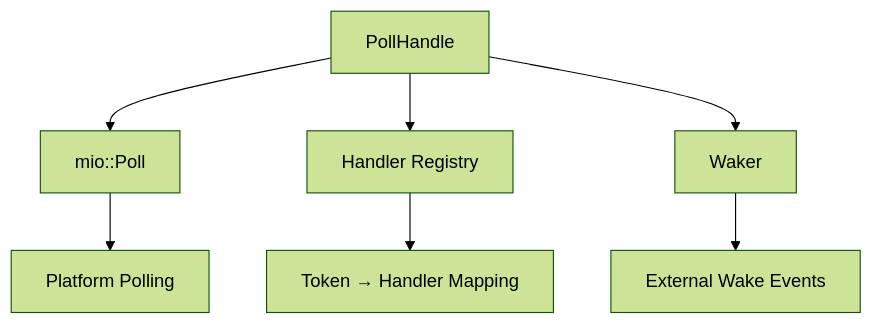
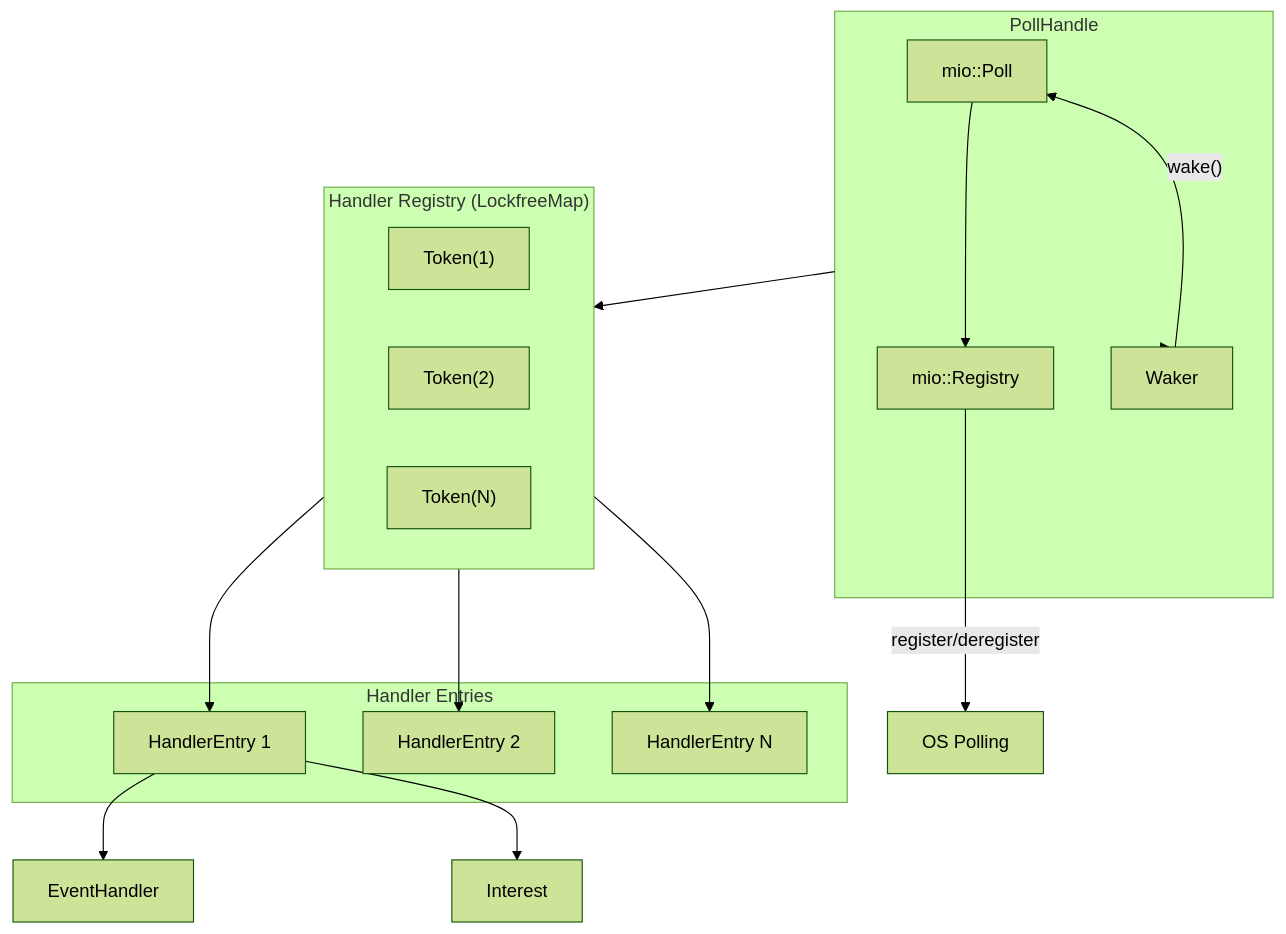
Before and after one commit to citadel-tech/Event-Loop: the third of 8 diagrams in docs/Arch.md, drawn with Mermaid (forest theme). The commit also changed other lines of this file, not shown here.

Commit message:
docs: enhance architecture documentation with detailed flowcharts and component descriptions

````diff
--- a/docs/Arch.md
+++ b/docs/Arch.md
@@ -87,10 +94,35 @@
 ```mermaid
-graph TD
-    A[PollHandle] --> B[mio::Poll]
-    A --> C[Handler Registry]
-    A --> D[Waker]
+flowchart TB
+    subgraph PollHandle["PollHandle"]
+        MP[mio::Poll]
+        MR[mio::Registry]
+        W[Waker]
+    end
     
-    B --> E[Platform Polling]
-    C --> F[Token → Handler Mapping]
-    D --> G[External Wake Events]
+    subgraph Registry["Handler Registry (LockfreeMap)"]
+        direction LR
+        T1["Token(1)"]
+        T2["Token(2)"]
+        TN["Token(N)"]
+    end
+    
+    subgraph Entries["Handler Entries"]
+        H1[HandlerEntry 1]
+        H2[HandlerEntry 2]
+        HN[HandlerEntry N]
+    end
+    
+    MP --> MR
+    PollHandle --> W
+    PollHandle --> Registry
+    
+    T1 --> H1
+    T2 --> H2
+    TN --> HN
+    
+    H1 --> EH1[EventHandler]
+    H1 --> I1[Interest]
+    
+    W -->|"wake()"| MP
+    MR -->|"register/deregister"| OS[OS Polling]
 ```
````
